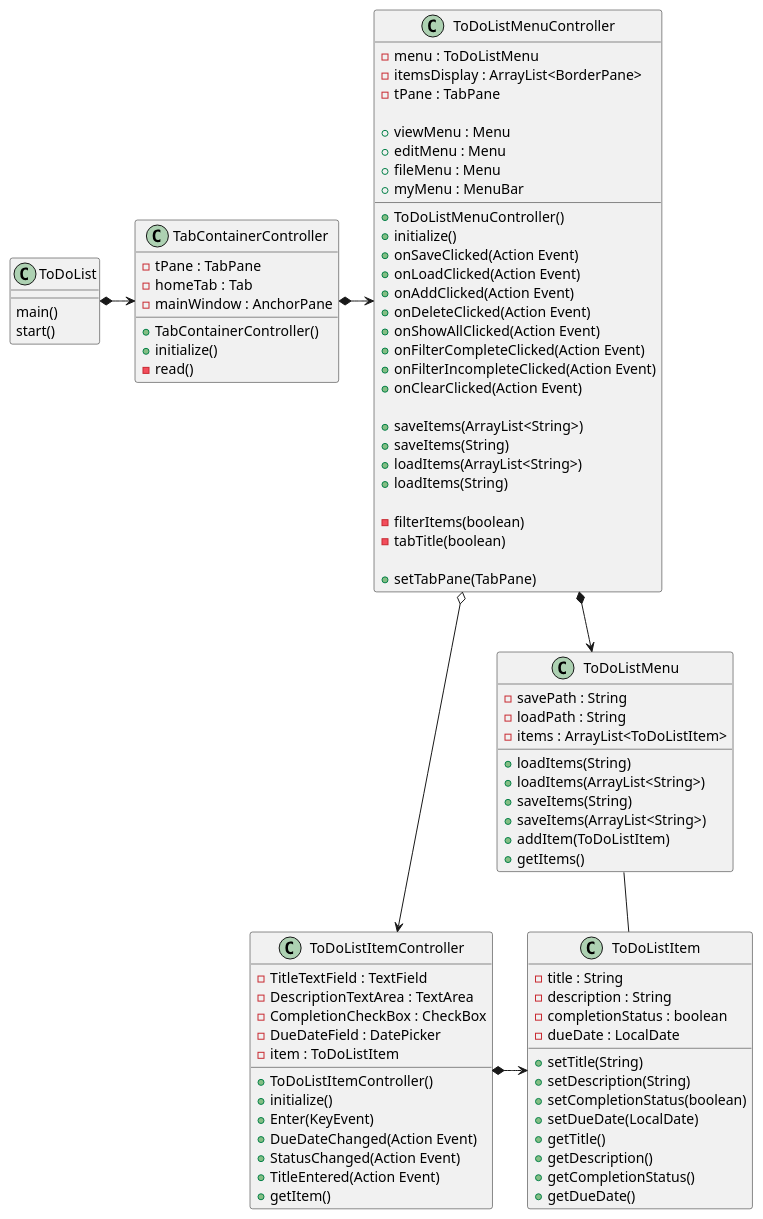
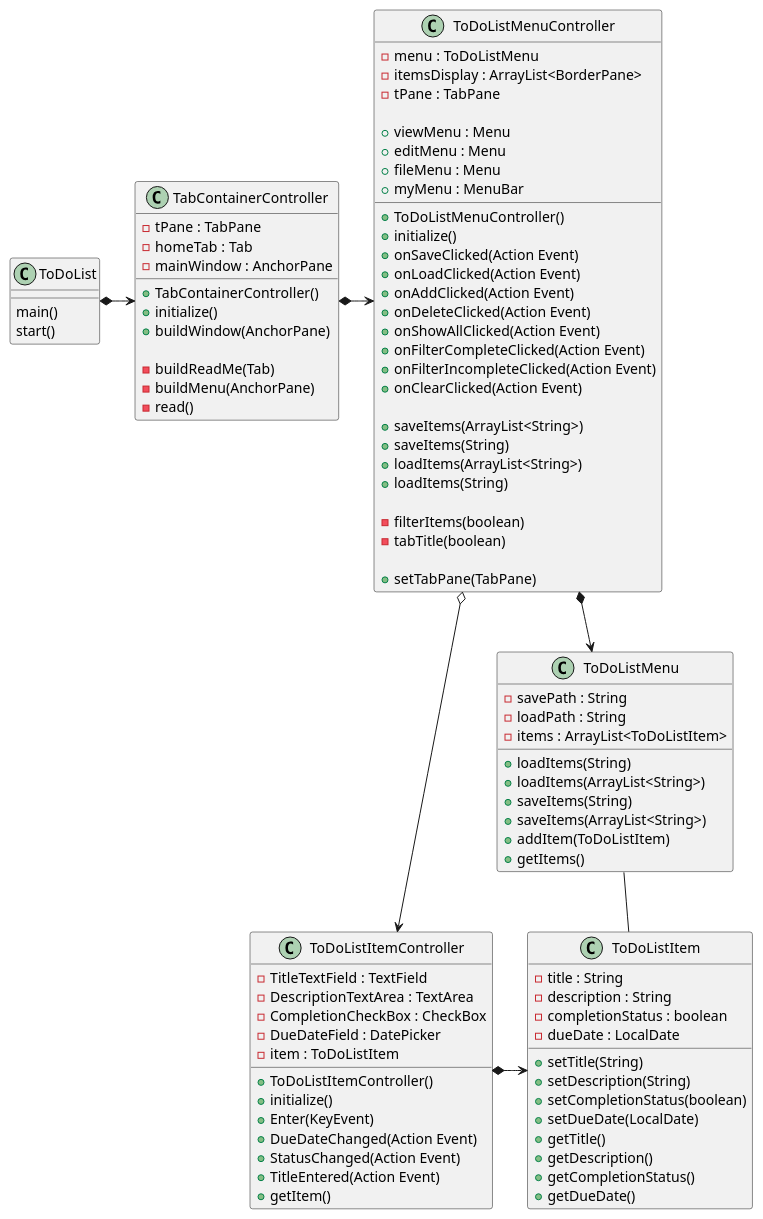
One commit to tsehaiB/boucaud-cop3330-assignment4part2 changed the diagram in uml/ToDoList.puml. Above: the diagram before and after it, drawn with PlantUML. The commit also changed 12 other files, not shown here.

```diff
--- a/uml/ToDoList.puml
+++ b/uml/ToDoList.puml
@@ -1,98 +1,102 @@
  @startuml
 'https://plantuml.com/class-diagram
 class ToDoList{
     main()
     start()
 }
 class TabContainerController {
     - tPane : TabPane
     - homeTab : Tab
     - mainWindow : AnchorPane
 
     + TabContainerController()
     + initialize()
+    + buildWindow(AnchorPane)
+
+    - buildReadMe(Tab)
+    - buildMenu(AnchorPane)
     - read()
 }
 class ToDoListMenuController{
     - menu : ToDoListMenu
     - itemsDisplay : ArrayList<BorderPane>
     - tPane : TabPane
 
     + viewMenu : Menu
     + editMenu : Menu
     + fileMenu : Menu
     + myMenu : MenuBar
 
     + ToDoListMenuController()
     + initialize()
     + onSaveClicked(Action Event)
     + onLoadClicked(Action Event)
     + onAddClicked(Action Event)
     + onDeleteClicked(Action Event)
     + onShowAllClicked(Action Event)
     + onFilterCompleteClicked(Action Event)
     + onFilterIncompleteClicked(Action Event)
     + onClearClicked(Action Event)
 
     + saveItems(ArrayList<String>)
     + saveItems(String)
     + loadItems(ArrayList<String>)
     + loadItems(String)
 
     - filterItems(boolean)
     - tabTitle(boolean)
 
     + setTabPane(TabPane)
 }
 class ToDoListMenu{
     - savePath : String
     - loadPath : String
     - items : ArrayList<ToDoListItem>
 
     + loadItems(String)
     + loadItems(ArrayList<String>)
     + saveItems(String)
     + saveItems(ArrayList<String>)
     + addItem(ToDoListItem)
     + getItems()
 }
 class ToDoListItemController{
     - TitleTextField : TextField
     - DescriptionTextArea : TextArea
     - CompletionCheckBox : CheckBox
     - DueDateField : DatePicker
     - item : ToDoListItem
 
     + ToDoListItemController()
     + initialize()
     + Enter(KeyEvent)
     + DueDateChanged(Action Event)
     + StatusChanged(Action Event)
     + TitleEntered(Action Event)
     + getItem()
 
 }
 class ToDoListItem {
 
         - title : String
         - description : String
         - completionStatus : boolean
         - dueDate : LocalDate
 
         + setTitle(String)
         + setDescription(String)
         + setCompletionStatus(boolean)
         + setDueDate(LocalDate)
         + getTitle()
         + getDescription()
         + getCompletionStatus()
         + getDueDate()
 }
 ToDoList *-> TabContainerController
 TabContainerController *-> ToDoListMenuController
 ToDoListMenuController *-> ToDoListMenu
 ToDoListMenuController o---> ToDoListItemController
 ToDoListMenu -- ToDoListItem
 ToDoListItemController *-> ToDoListItem
 
 @enduml
```
